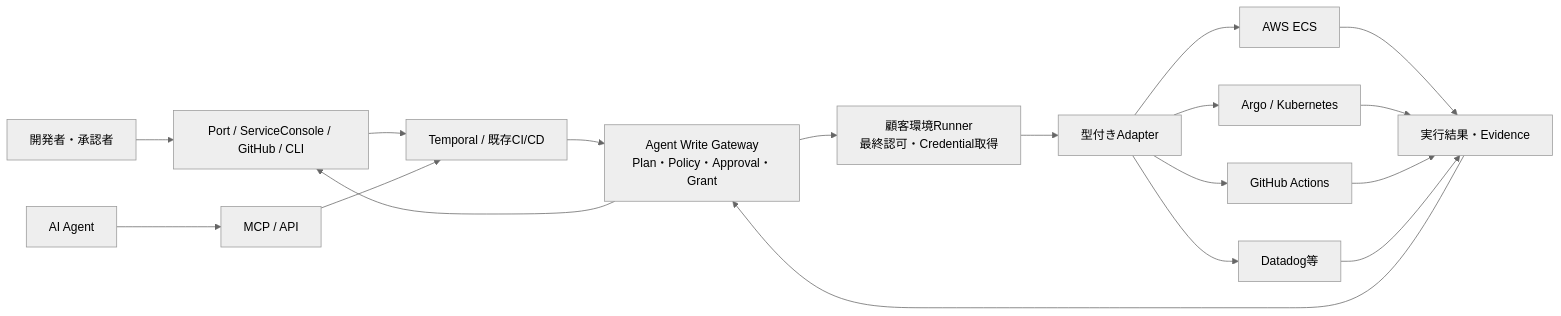
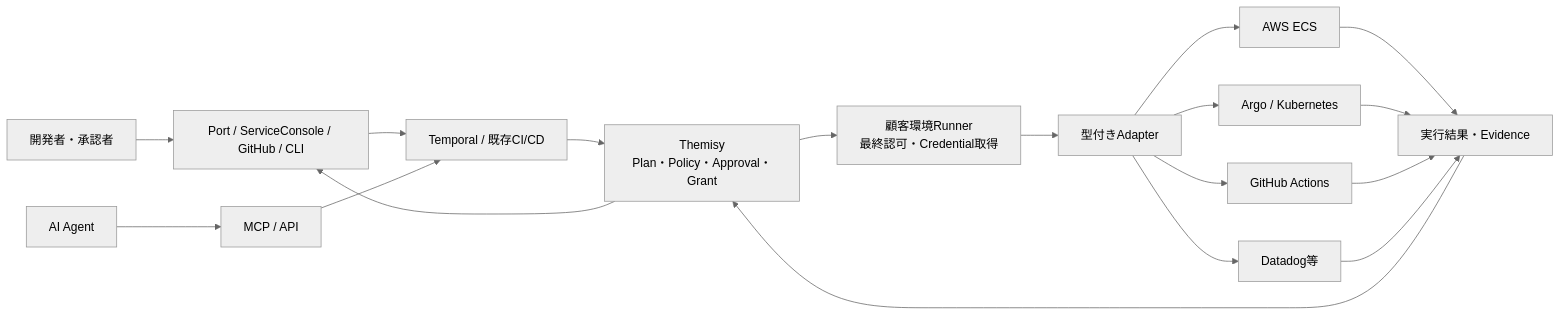
One commit to yingtian0/AgentWriteGateway changed the diagram in README.md. Above: the diagram before and after it, drawn with Mermaid (neutral theme). The commit also changed other lines of this file and 120 other files, not shown here.

````diff
--- a/README.md
+++ b/README.md
@@ -134,39 +134,39 @@
 ```mermaid
 
 flowchart LR
 
     U["開発者・承認者"] --> UI["Port / ServiceConsole / GitHub / CLI"]
 
     A["AI Agent"] --> MCP["MCP / API"]
 
     UI --> O["Temporal / 既存CI/CD"]
 
     MCP --> O
 
-    O --> CP["Agent Write Gateway<br/>Plan・Policy・Approval・Grant"]
+    O --> CP["Themisy<br/>Plan・Policy・Approval・Grant"]
 
     CP --> R["顧客環境Runner<br/>最終認可・Credential取得"]
 
     R --> AD["型付きAdapter"]
 
     AD --> AWS["AWS ECS"]
 
     AD --> ARGO["Argo / Kubernetes"]
 
     AD --> GHA["GitHub Actions"]
 
     AD --> OBS["Datadog等"]
 
     AWS --> EV["実行結果・Evidence"]
 
     ARGO --> EV
 
     GHA --> EV
 
     OBS --> EV
 
     EV --> CP
 
     CP --> UI
 
 ```
````
